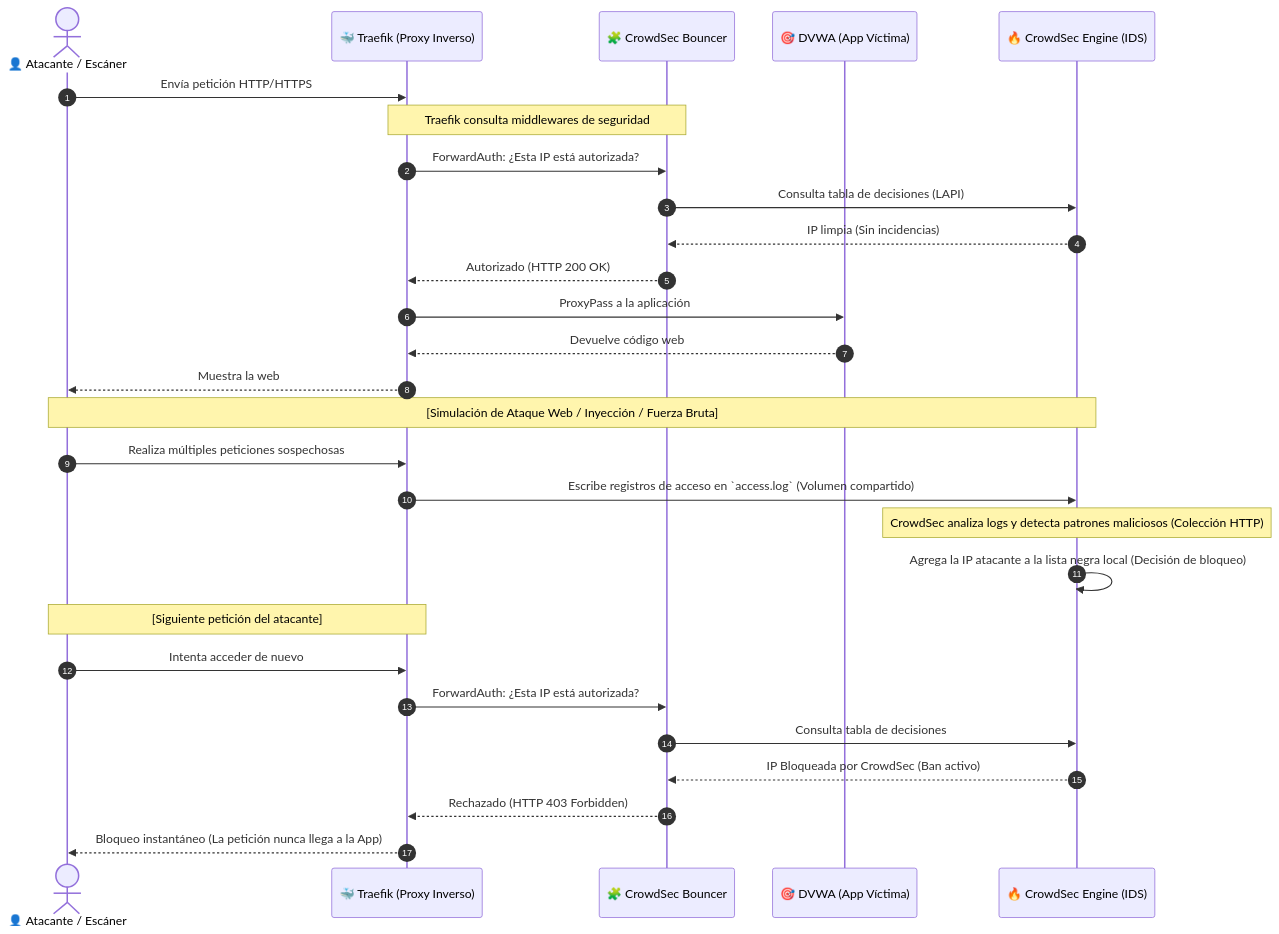
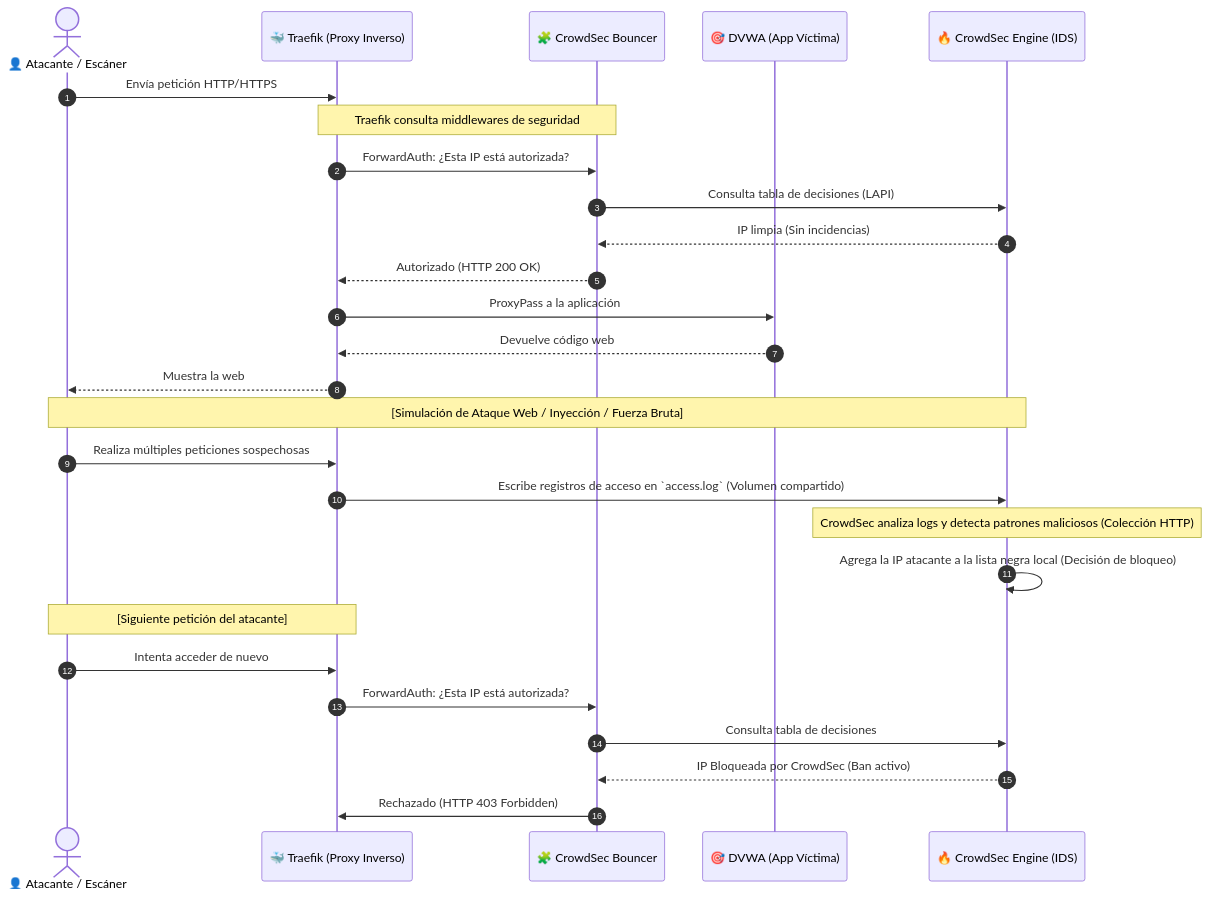
Before and after one commit to Rodrimg723/TFG-DevSecOps-AWS: the second of 2 diagrams in README.md, drawn with Mermaid. The commit also changed other lines of this file, not shown here.

````diff
--- a/README.md
+++ b/README.md
@@ -102,36 +102,35 @@
 ```mermaid
 sequenceDiagram
     autonumber
     actor Atacante as 👤 Atacante / Escáner
     participant Traefik as 🐳 Traefik (Proxy Inverso)
     participant Bouncer as 🧩 CrowdSec Bouncer
     participant DVWA as 🎯 DVWA (App Víctima)
     participant CrowdSec as 🔥 CrowdSec Engine (IDS)
 
     %% Paso 1: Petición Normal o Inicial
     Atacante->>Traefik: Envía petición HTTP/HTTPS
     Note over Traefik,Bouncer: Traefik consulta middlewares de seguridad
     Traefik->>Bouncer: ForwardAuth: ¿Esta IP está autorizada?
     Bouncer->>CrowdSec: Consulta tabla de decisiones (LAPI)
     CrowdSec-->>Bouncer: IP limpia (Sin incidencias)
     Bouncer-->>Traefik: Autorizado (HTTP 200 OK)
     Traefik->>DVWA: ProxyPass a la aplicación
     DVWA-->>Traefik: Devuelve código web
     Traefik-->>Atacante: Muestra la web
 
     %% Paso 2: Ataque e Identificación
     Note over Atacante,CrowdSec: [Simulación de Ataque Web / Inyección / Fuerza Bruta]
     Atacante->>Traefik: Realiza múltiples peticiones sospechosas
     Traefik->>CrowdSec: Escribe registros de acceso en `access.log` (Volumen compartido)
     Note over CrowdSec: CrowdSec analiza logs y detecta patrones maliciosos (Colección HTTP)
     CrowdSec->>CrowdSec: Agrega la IP atacante a la lista negra local (Decisión de bloqueo)
 
     %% Paso 3: Bloqueo Automático
     Note over Atacante,Traefik: [Siguiente petición del atacante]
     Atacante->>Traefik: Intenta acceder de nuevo
     Traefik->>Bouncer: ForwardAuth: ¿Esta IP está autorizada?
     Bouncer->>CrowdSec: Consulta tabla de decisiones
     CrowdSec-->>Bouncer: IP Bloqueada por CrowdSec (Ban activo)
-    Bouncer-->>Traefik: Rechazado (HTTP 403 Forbidden)
-    Traefik-->>Atacante: Bloqueo instantáneo (La petición nunca llega a la App)
+    Bouncer->>Traefik: Rechazado (HTTP 403 Forbidden)
 ```
````
